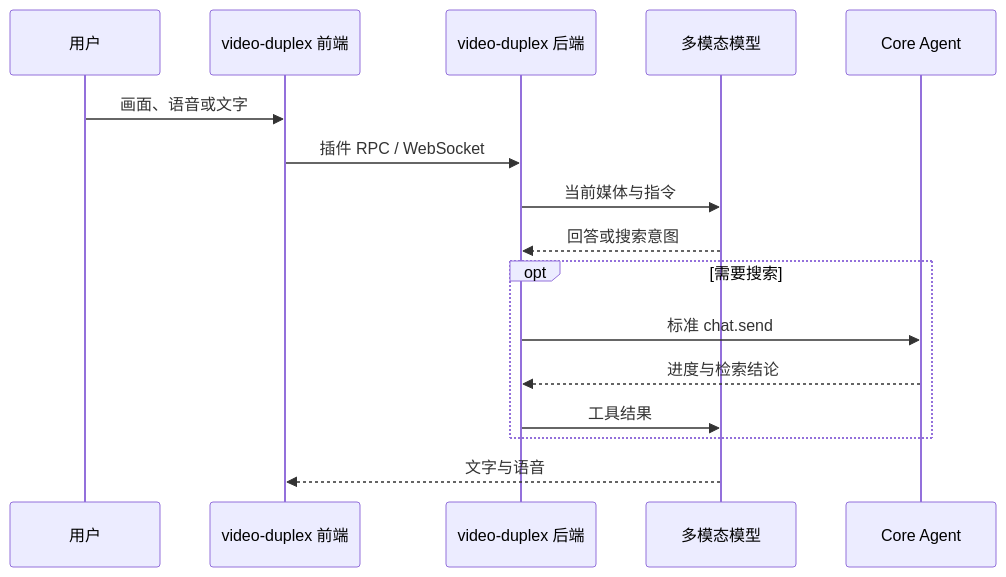
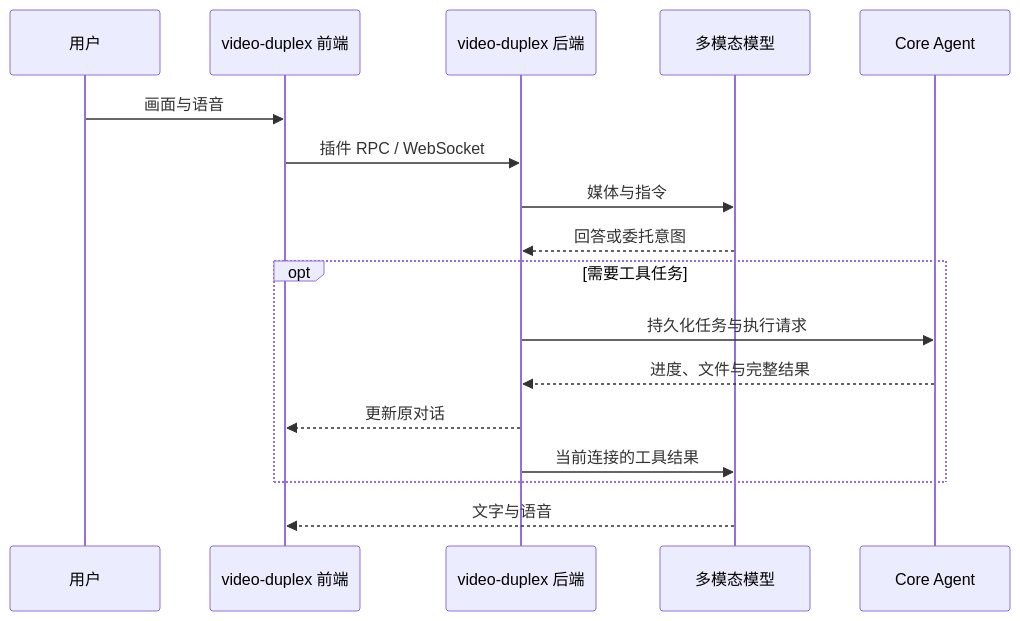
Before and after one commit to openJiuwen-ai/jiuwenswarm: the second of 2 diagrams in jiuwenswarm/extensions/video_duplex/docs/README.zh-CN.md, drawn with Mermaid. The commit also changed other lines of this file and 6 other files, not shown here.

````diff
--- a/jiuwenswarm/extensions/video_duplex/docs/README.zh-CN.md
+++ b/jiuwenswarm/extensions/video_duplex/docs/README.zh-CN.md
@@ -76,18 +228,19 @@
 ```mermaid
 sequenceDiagram
     participant U as 用户
     participant P as video-duplex 前端
     participant B as video-duplex 后端
     participant M as 多模态模型
     participant C as Core Agent
-    U->>P: 画面、语音或文字
+    U->>P: 画面与语音
     P->>B: 插件 RPC / WebSocket
-    B->>M: 当前媒体与指令
-    M-->>B: 回答或搜索意图
-    opt 需要搜索
-        B->>C: 标准 chat.send
-        C-->>B: 进度与检索结论
-        B->>M: 工具结果
+    B->>M: 媒体与指令
+    M-->>B: 回答或委托意图
+    opt 需要工具任务
+        B->>C: 持久化任务与执行请求
+        C-->>B: 进度、文件与完整结果
+        B-->>P: 更新原对话
+        B->>M: 当前连接的工具结果
     end
     M-->>P: 文字与语音
 ```
````
